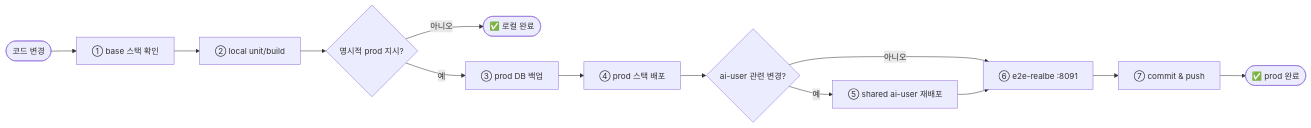
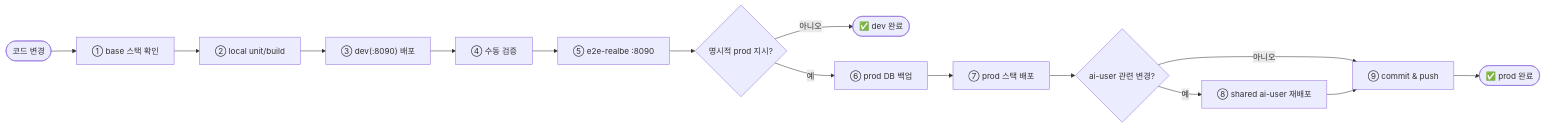
One commit to Justant-source/Again-Spring changed the diagram in docs/env/deployment.md. Above: the diagram before and after it, drawn with Mermaid. The commit also changed other lines of this file and 79 other files, not shown here.

First line of the commit message:
feat(env): isolate dev/prod — e2e on :8090, LLM off on server-dev, 5m+daily sync

````diff
--- a/docs/env/deployment.md
+++ b/docs/env/deployment.md
@@ -9,15 +10,17 @@
 ```mermaid
 flowchart LR
     Code([코드 변경]) --> Base["① base 스택 확인"]
     Base --> Local["② local unit/build"]
-    Local --> Gate{명시적 prod 지시?}
-    Gate -->|아니오| DoneL([✅ 로컬 완료])
-    Gate -->|예| Backup["③ prod DB 백업"]
-    Backup --> Prod["④ prod 스택 배포"]
+    Local --> Dev["③ dev(:8090) 배포"]
+    Dev --> Manual["④ 수동 검증"]
+    Manual --> E2E["⑤ e2e-realbe :8090"]
+    E2E --> Gate{명시적 prod 지시?}
+    Gate -->|아니오| DoneD([✅ dev 완료])
+    Gate -->|예| Backup["⑥ prod DB 백업"]
+    Backup --> Prod["⑦ prod 스택 배포"]
     Prod --> Shared{"ai-user 관련 변경?"}
-    Shared -->|예| Ai["⑤ shared ai-user 재배포"]
-    Shared -->|아니오| E2E
-    Ai --> E2E["⑥ e2e-realbe :8091"]
-    E2E --> Commit["⑦ commit & push"]
+    Shared -->|예| Ai["⑧ shared ai-user 재배포"]
+    Shared -->|아니오| Commit
+    Ai --> Commit["⑨ commit & push"]
     Commit --> DoneP([✅ prod 완료])
 ```
````
